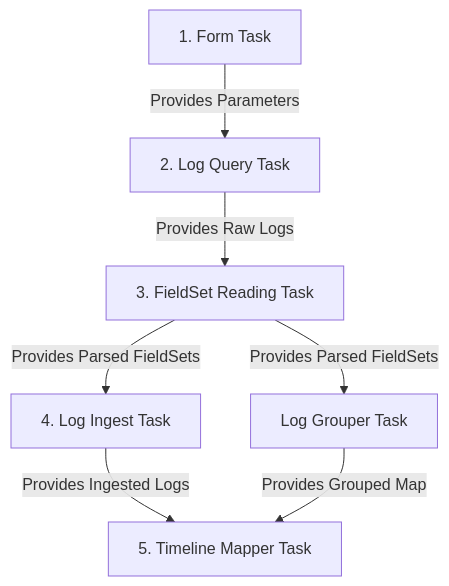
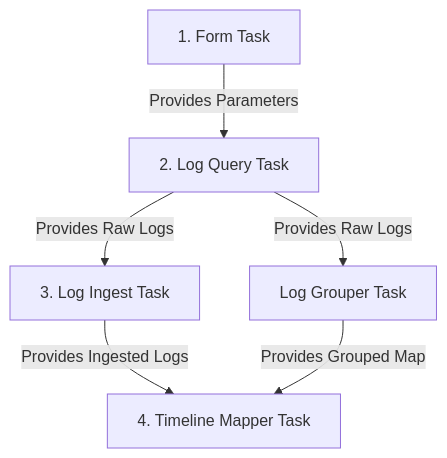
One commit to GoogleCloudPlatform/khi changed the diagram in .agents/skills/khi_parser/SKILL.md. Above: the diagram before and after it, drawn with Mermaid. The commit also changed other lines of this file and 200 other files, not shown here.

````diff
--- a/.agents/skills/khi_parser/SKILL.md
+++ b/.agents/skills/khi_parser/SKILL.md
@@ -48,9 +48,8 @@
 ```mermaid
 flowchart TD
     FormTask[1. Form Task] -->|Provides Parameters| QueryTask[2. Log Query Task]
-    QueryTask -->|Provides Raw Logs| FieldSetTask[3. FieldSet Reading Task]
-    FieldSetTask -->|Provides Parsed FieldSets| IngesterTask[4. Log Ingest Task]
-    FieldSetTask -->|Provides Parsed FieldSets| GrouperTask[Log Grouper Task]
-    IngesterTask -->|Provides Ingested Logs| MapperTask[5. Timeline Mapper Task]
+    QueryTask -->|Provides Raw Logs| IngesterTask[3. Log Ingest Task]
+    QueryTask -->|Provides Raw Logs| GrouperTask[Log Grouper Task]
+    IngesterTask -->|Provides Ingested Logs| MapperTask[4. Timeline Mapper Task]
     GrouperTask -->|Provides Grouped Map| MapperTask
 ```
````
